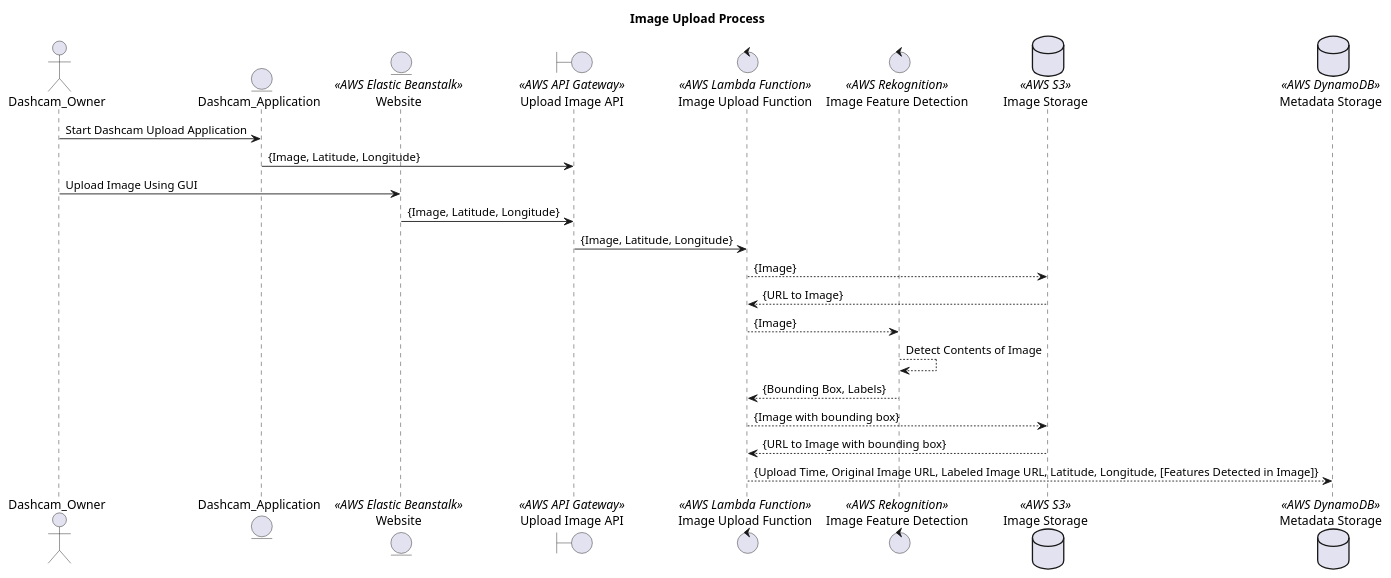
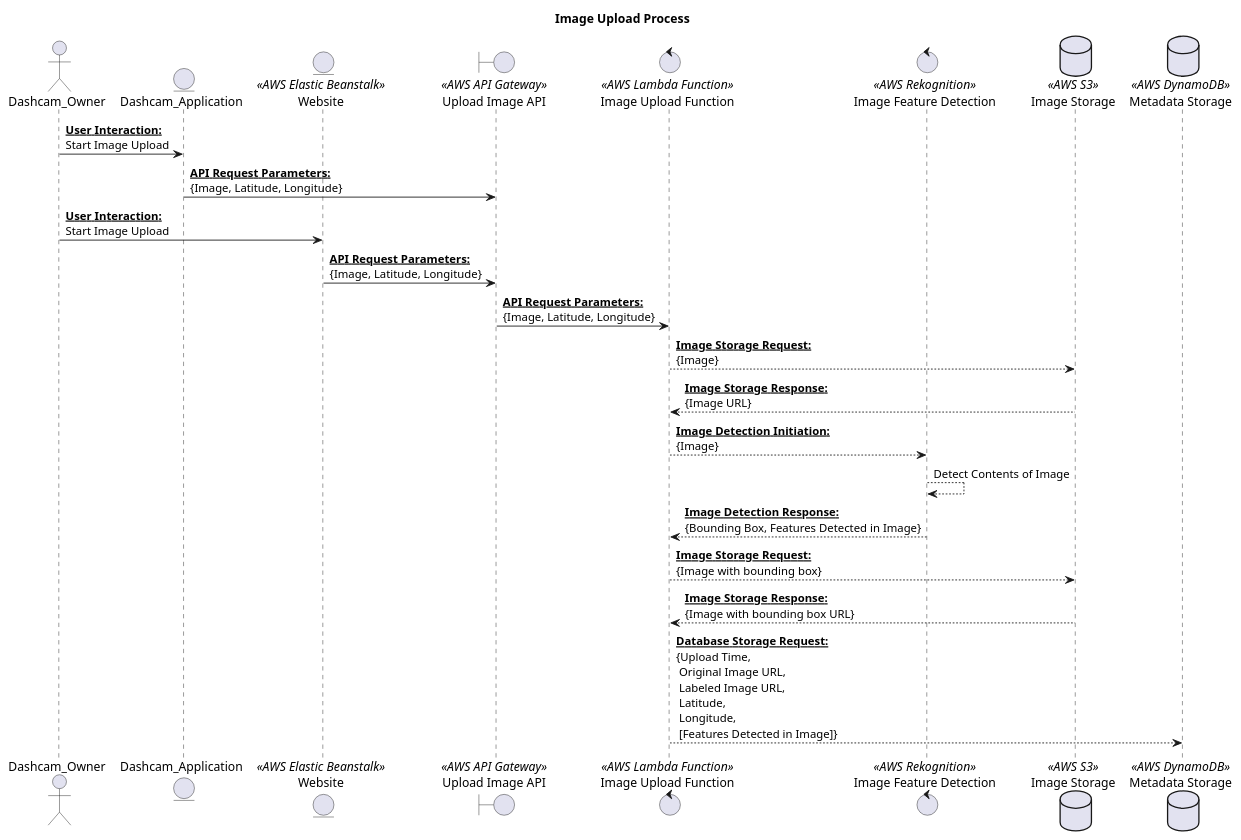
One commit to mikebowyer/ECE528_Project changed the diagram in sequence_diagrams/imaged_pushed_to_API_Sequence.wsd. Above: the diagram before and after it, drawn with PlantUML. The commit also changed 5 other files, not shown here.

Commit message:
Updated sequence diagrams

```diff
--- a/sequence_diagrams/imaged_pushed_to_API_Sequence.wsd
+++ b/sequence_diagrams/imaged_pushed_to_API_Sequence.wsd
@@ -1,27 +1,27 @@
 @startuml
 title Image Upload Process
 
 actor       Dashcam_Owner 
 entity      Dashcam_Application
 entity      "Website" as Website << AWS Elastic Beanstalk>>
 boundary    "Upload Image API" as Image_Upload_API << AWS API Gateway >>
 control     "Image Upload Function" as Lambda_Upload_Function << AWS Lambda Function >>
 control     "Image Feature Detection" as AWS_Rekognition << AWS Rekognition >>
 database    "Image Storage" as AWS_S3 << AWS S3 >>
 database    "Metadata Storage" as AWS_DynamoDB << AWS DynamoDB >>
 
-Dashcam_Owner -> Dashcam_Application: Start Dashcam Upload Application
-Dashcam_Application -> Image_Upload_API: {Image, Latitude, Longitude}
-Dashcam_Owner -> Website: Upload Image Using GUI
-Website -> Image_Upload_API: {Image, Latitude, Longitude}
-Image_Upload_API -> Lambda_Upload_Function: {Image, Latitude, Longitude}
-Lambda_Upload_Function --> AWS_S3: {Image}
-Lambda_Upload_Function <-- AWS_S3: {URL to Image}
-Lambda_Upload_Function --> AWS_Rekognition: {Image}
+Dashcam_Owner -> Dashcam_Application: __**User Interaction:**__\nStart Image Upload
+Dashcam_Application -> Image_Upload_API: __**API Request Parameters:**__\n{Image, Latitude, Longitude}
+Dashcam_Owner -> Website: __**User Interaction:**__\nStart Image Upload
+Website -> Image_Upload_API: __**API Request Parameters:**__\n{Image, Latitude, Longitude}
+Image_Upload_API -> Lambda_Upload_Function: __**API Request Parameters:**__\n{Image, Latitude, Longitude}
+Lambda_Upload_Function --> AWS_S3: __**Image Storage Request:**__\n{Image}
+Lambda_Upload_Function <-- AWS_S3: __**Image Storage Response:**__\n{Image URL}
+Lambda_Upload_Function --> AWS_Rekognition: __**Image Detection Initiation:**__\n{Image}
 AWS_Rekognition --> AWS_Rekognition: Detect Contents of Image
-AWS_Rekognition --> Lambda_Upload_Function: {Bounding Box, Labels}
-Lambda_Upload_Function --> AWS_S3: {Image with bounding box}
-Lambda_Upload_Function <-- AWS_S3: {URL to Image with bounding box}
-Lambda_Upload_Function --> AWS_DynamoDB: {Upload Time, Original Image URL, Labeled Image URL, Latitude, Longitude, [Features Detected in Image]}
+AWS_Rekognition --> Lambda_Upload_Function: __**Image Detection Response:**__\n{Bounding Box, Features Detected in Image}
+Lambda_Upload_Function --> AWS_S3: __**Image Storage Request:**__\n{Image with bounding box}
+Lambda_Upload_Function <-- AWS_S3: __**Image Storage Response:**__\n{Image with bounding box URL}
+Lambda_Upload_Function --> AWS_DynamoDB: __**Database Storage Request:**__\n{Upload Time,\n Original Image URL,\n Labeled Image URL,\n Latitude,\n Longitude,\n [Features Detected in Image]}
 
 @enduml
```
